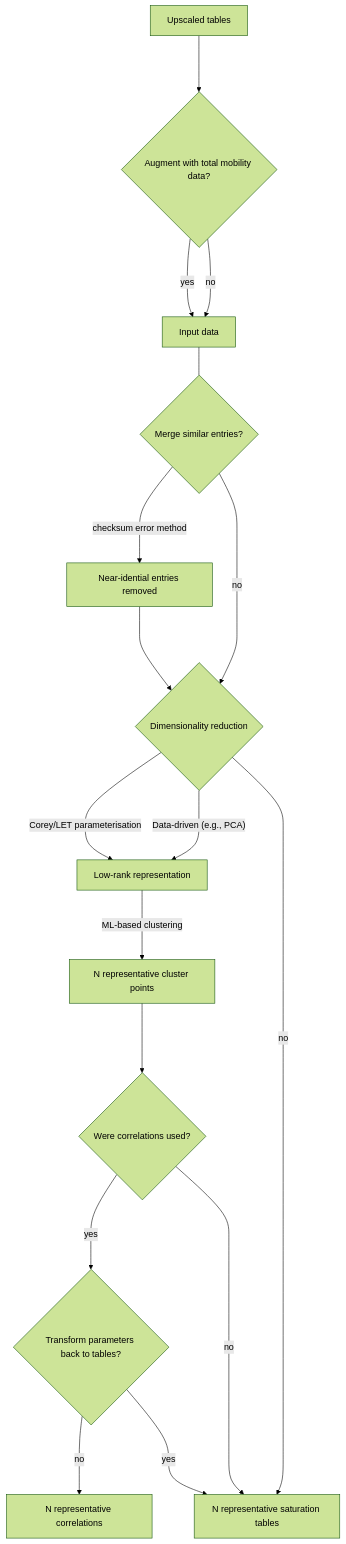
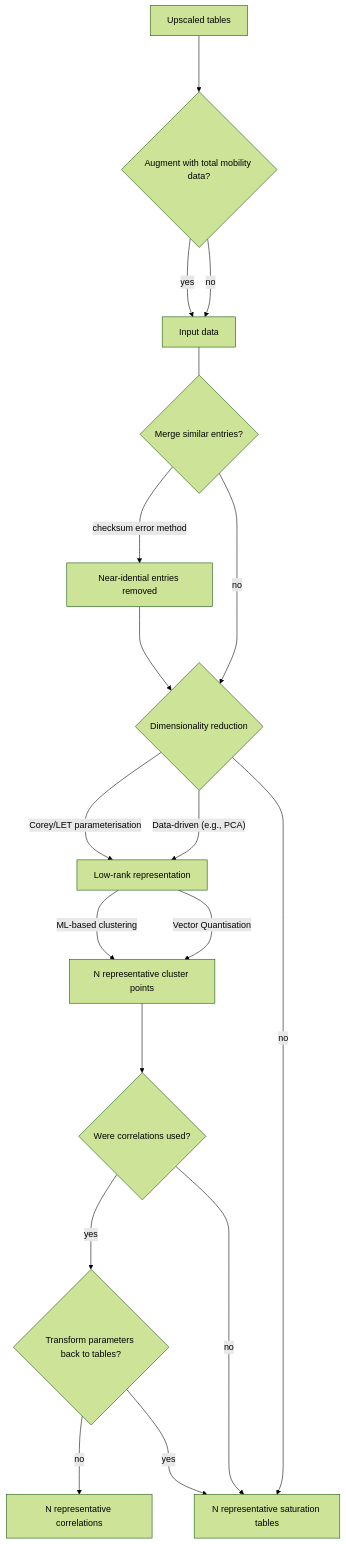
Before and after one commit to ImperialCollegeLondon/StrataTrapper: the first of 2 diagrams in src/compress/README.md, drawn with Mermaid (forest theme).

Commit message:
feat: ✨ add Vector Quantisation step to algorithm flowchart in README

````diff
--- a/src/compress/README.md
+++ b/src/compress/README.md
@@ -35,31 +35,32 @@
 ```mermaid
 flowchart TD
 upsc[Upscaled tables]
 embed{Augment with total mobility data?}
 input[Input data]
 should_clean{Merge similar entries?}
 clean[Near-idential entries removed]
 red{Dimensionality reduction}
 latent[Low-rank representation]
 repr[N representative cluster points]
 isparam{Were correlations used?}
 inv{Transform parameters back to tables?}
 param[N representative correlations]
 tabs[N representative saturation tables]
 
 upsc ---> embed
 embed -- yes ---> input
 embed -- no ---> input
 input  --- should_clean
 should_clean -- checksum error method ---> clean ---> red
 should_clean -- no ---> red
 red -- Corey/LET parameterisation ---> latent
 red -- Data-driven (e.g., PCA) ---> latent
 latent -- ML-based clustering ---> repr
+latent -- Vector Quantisation ---> repr
 repr ---> isparam
 isparam -- yes ---> inv
 inv -- no ---> param
 inv -- yes ---> tabs
 isparam -- no ---> tabs
 red -- no ---> tabs
 ```
````
